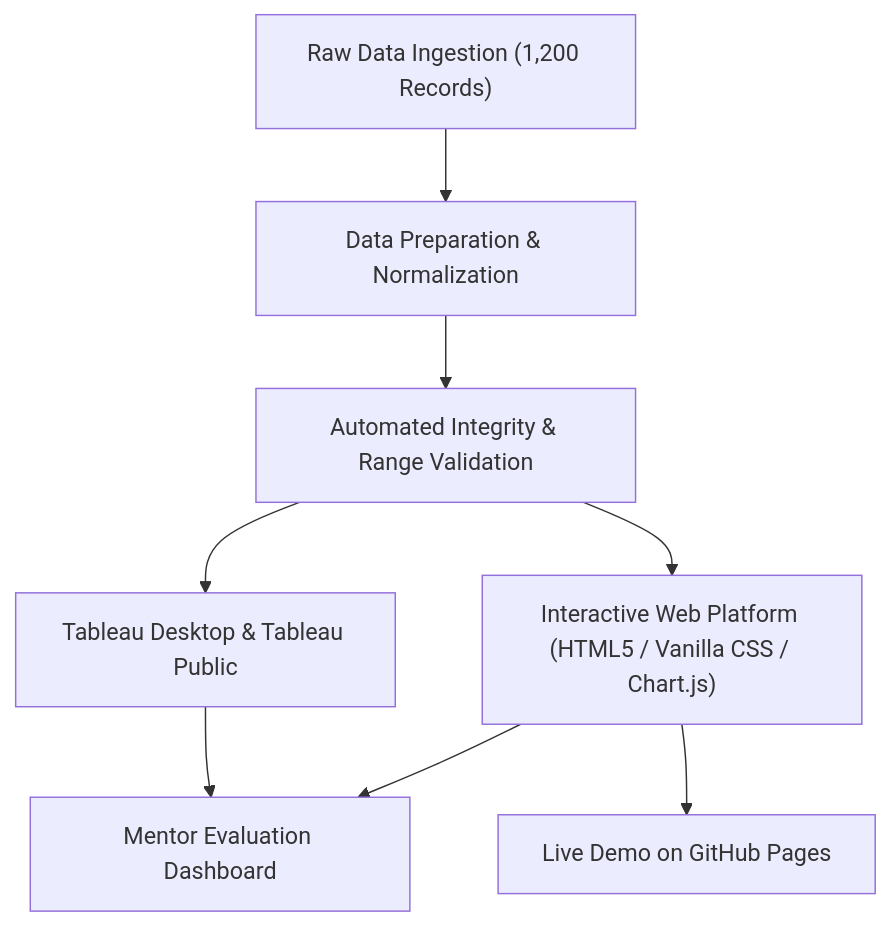
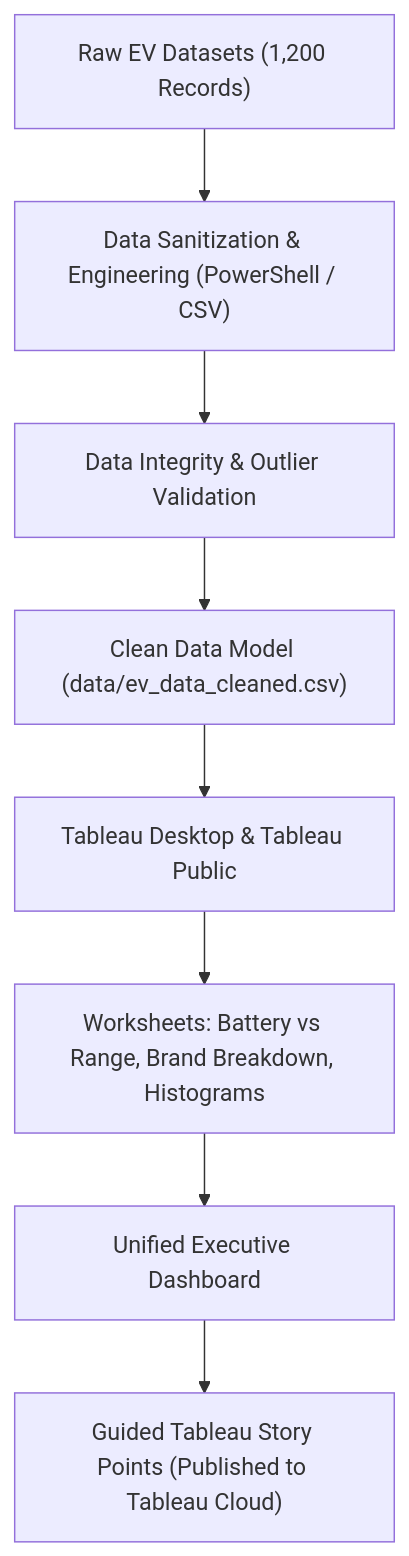
One commit to aku797473/data-project1 changed the diagram in README.md. Above: the diagram before and after it, drawn with Mermaid. The commit also changed other lines of this file and 43 other files, not shown here.

Commit message:
clean: remove web dev files and keep pure Data Analytics & Tableau repository

````diff
--- a/README.md
+++ b/README.md
@@ -60,10 +61,10 @@
 ```mermaid
 graph TD
-    A["Raw Data Ingestion (1,200 Records)"] --> B["Data Preparation & Normalization"]
-    B --> C["Automated Integrity & Range Validation"]
-    C --> D["Tableau Desktop & Tableau Public"]
-    C --> E["Interactive Web Platform (HTML5 / Vanilla CSS / Chart.js)"]
-    D --> F["Mentor Evaluation Dashboard"]
-    E --> F
-    E --> G["Live Demo on GitHub Pages"]
+    A["Raw EV Datasets (1,200 Records)"] --> B["Data Sanitization & Engineering (PowerShell / CSV)"]
+    B --> C["Data Integrity & Outlier Validation"]
+    C --> D["Clean Data Model (data/ev_data_cleaned.csv)"]
+    D --> E["Tableau Desktop & Tableau Public"]
+    E --> F["Worksheets: Battery vs Range, Brand Breakdown, Histograms"]
+    F --> G["Unified Executive Dashboard"]
+    G --> H["Guided Tableau Story Points (Published to Tableau Cloud)"]
 ```
````
